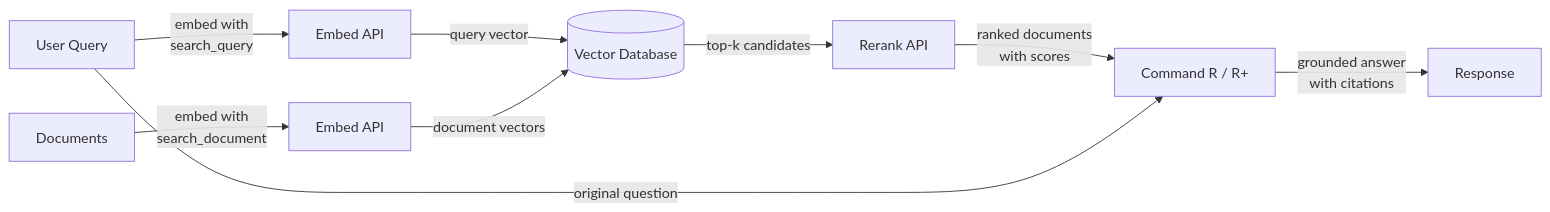
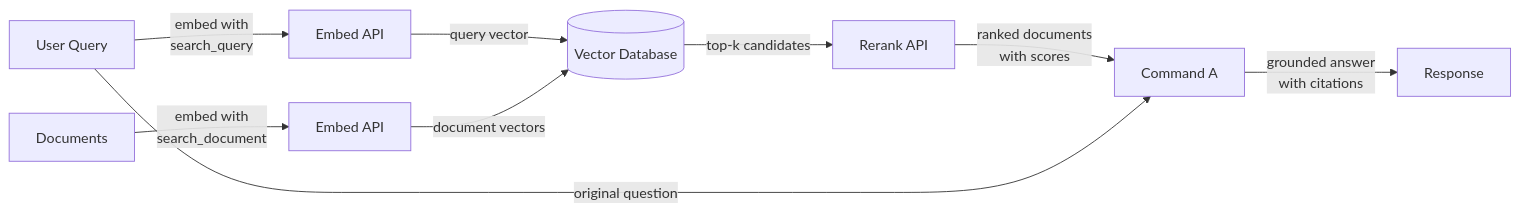
Before and after one commit to EmersonBraun/ai-summary-hub: the diagram in next/content/docs/en/model-providers/cohere.mdx, drawn with Mermaid. The commit also changed other lines of this file and 211 other files, not shown here.

````diff
--- a/next/content/docs/en/model-providers/cohere.mdx
+++ b/next/content/docs/en/model-providers/cohere.mdx
@@ -36,12 +75,12 @@
 ```mermaid
 flowchart LR
   Q[User Query] -->|embed with\nsearch_query| E[Embed API]
   E -->|query vector| VDB[(Vector Database)]
   VDB -->|top-k candidates| RR[Rerank API]
-  RR -->|ranked documents\nwith scores| CMD[Command R / R+]
+  RR -->|ranked documents\nwith scores| CMD[Command A]
   Q -->|original question| CMD
   CMD -->|grounded answer\nwith citations| A[Response]
 
   DOCS[Documents] -->|embed with\nsearch_document| E2[Embed API]
   E2 -->|document vectors| VDB
 ```
````
